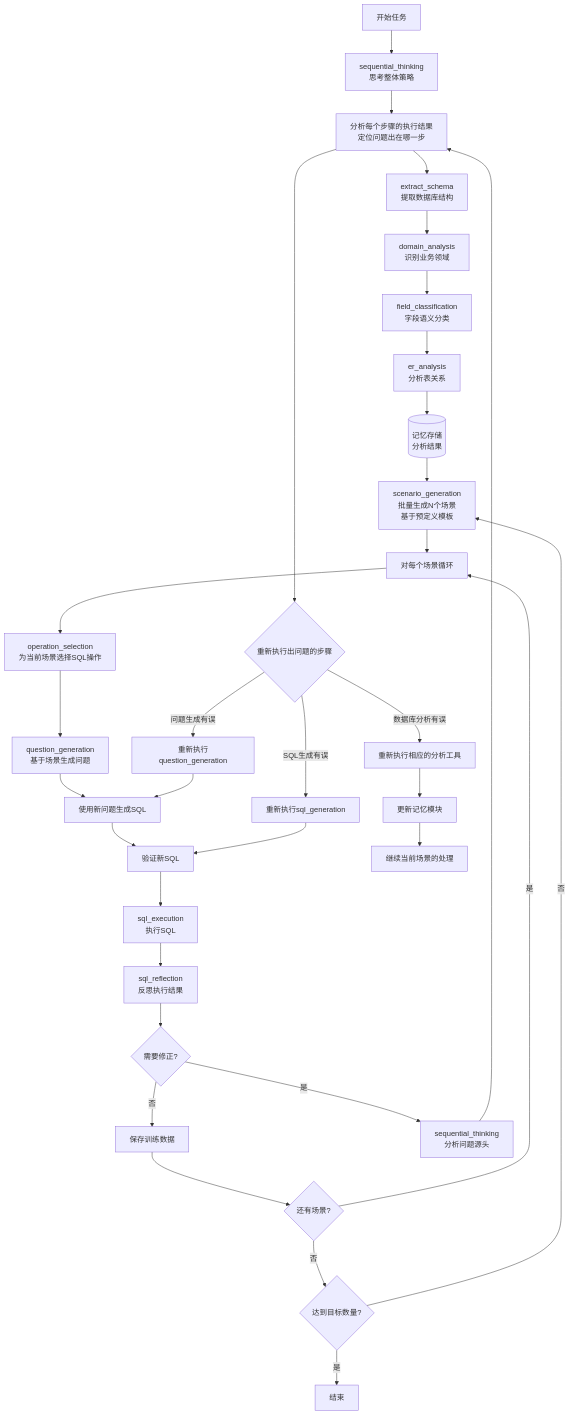
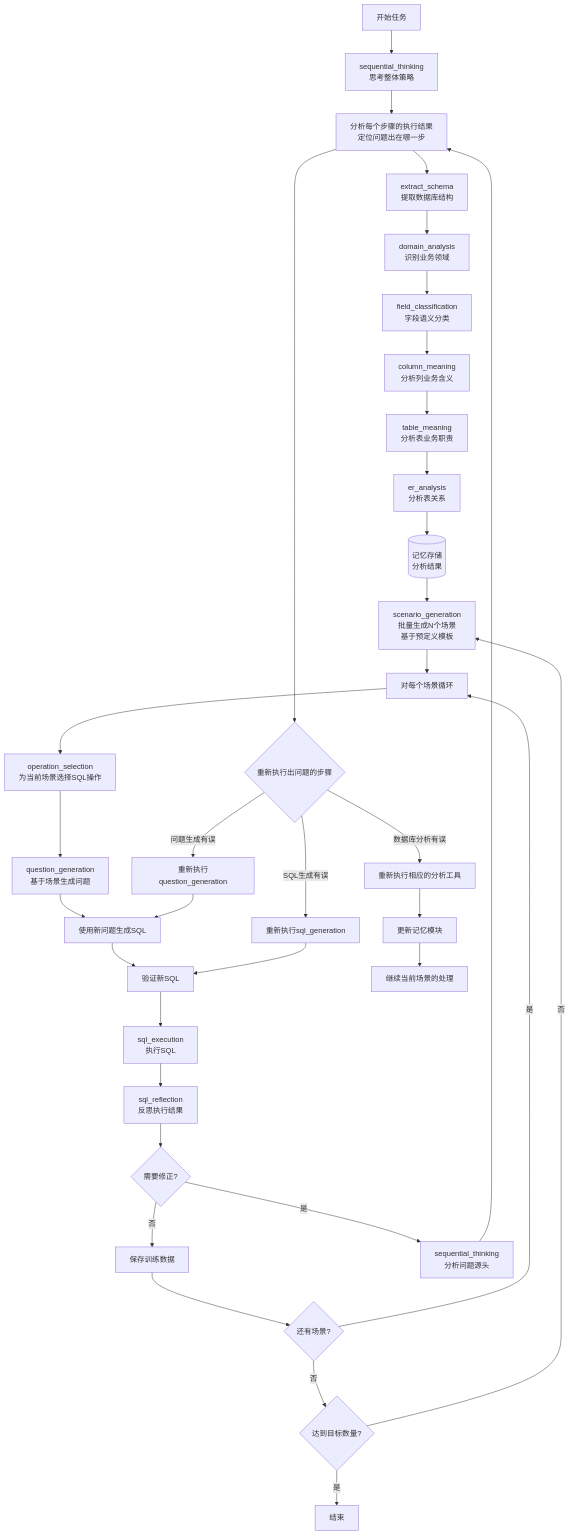
One commit to lizhenping/SemanticSQL-Agent changed the diagram in semanticsql-agent/.doc/semanticsql-agent_DESIGN_SPEC.md. Above: the diagram before and after it, drawn with Mermaid. The commit also changed other lines of this file and 1 other file, not shown here.

Commit message:
Add column and table meaning analysis tools to semantic understanding

````diff
--- a/semanticsql-agent/.doc/semanticsql-agent_DESIGN_SPEC.md
+++ b/semanticsql-agent/.doc/semanticsql-agent_DESIGN_SPEC.md
@@ -70,43 +80,45 @@
 ```mermaid
 graph TB
     Start[开始任务] --> Think1[sequential_thinking<br/>思考整体策略]
     Think1 --> Analyze[数据库分析阶段<br/>只执行一次]
     
     Analyze --> Schema[extract_schema<br/>提取数据库结构]
     Schema --> Domain[domain_analysis<br/>识别业务领域]
     Domain --> Field[field_classification<br/>字段语义分类]
-    Field --> ER[er_analysis<br/>分析表关系]
+    Field --> ColMean[column_meaning<br/>分析列业务含义]
+    ColMean --> TabMean[table_meaning<br/>分析表业务职责]
+    TabMean --> ER[er_analysis<br/>分析表关系]
     ER --> Memory[(记忆存储<br/>分析结果)]
     
     Memory --> ScenarioBatch[scenario_generation<br/>批量生成N个场景<br/>基于预定义模板]
     
     ScenarioBatch --> ScenarioLoop[对每个场景循环]
     ScenarioLoop --> Operation[operation_selection<br/>为当前场景选择SQL操作]
     Operation --> Question[question_generation<br/>基于场景生成问题]
     Question --> SQL[sql_generation<br/>生成SQL查询]
     SQL --> Validate[sql_validation<br/>验证SQL语法]
     Validate --> Execute[sql_execution<br/>执行SQL]
     Execute --> Reflect[sql_reflection<br/>反思执行结果]
     
     Reflect --> Judge{需要修正?}
     Judge -->|否| Save[保存训练数据]
     Judge -->|是| ThinkFix[sequential_thinking<br/>分析问题源头]
     
     ThinkFix --> Analyze[分析每个步骤的执行结果<br/>定位问题出在哪一步]
     
     Analyze --> ReDo{重新执行出问题的步骤}
     ReDo -->|数据库分析有误| ReAnalysis[重新执行相应的分析工具]
     ReDo -->|问题生成有误| ReQuestion[重新执行question_generation]
     ReDo -->|SQL生成有误| ReSQL[重新执行sql_generation]
     
     ReAnalysis --> UpdateMemory[更新记忆模块]
     UpdateMemory --> Continue[继续当前场景的处理]
     ReQuestion --> SQL[使用新问题生成SQL]
     ReSQL --> Validate[验证新SQL]
     
     Save --> NextScenario{还有场景?}
     NextScenario -->|是| ScenarioLoop
     NextScenario -->|否| CheckCount{达到目标数量?}
     CheckCount -->|否| ScenarioBatch
     CheckCount -->|是| End[结束]
 ```
````
